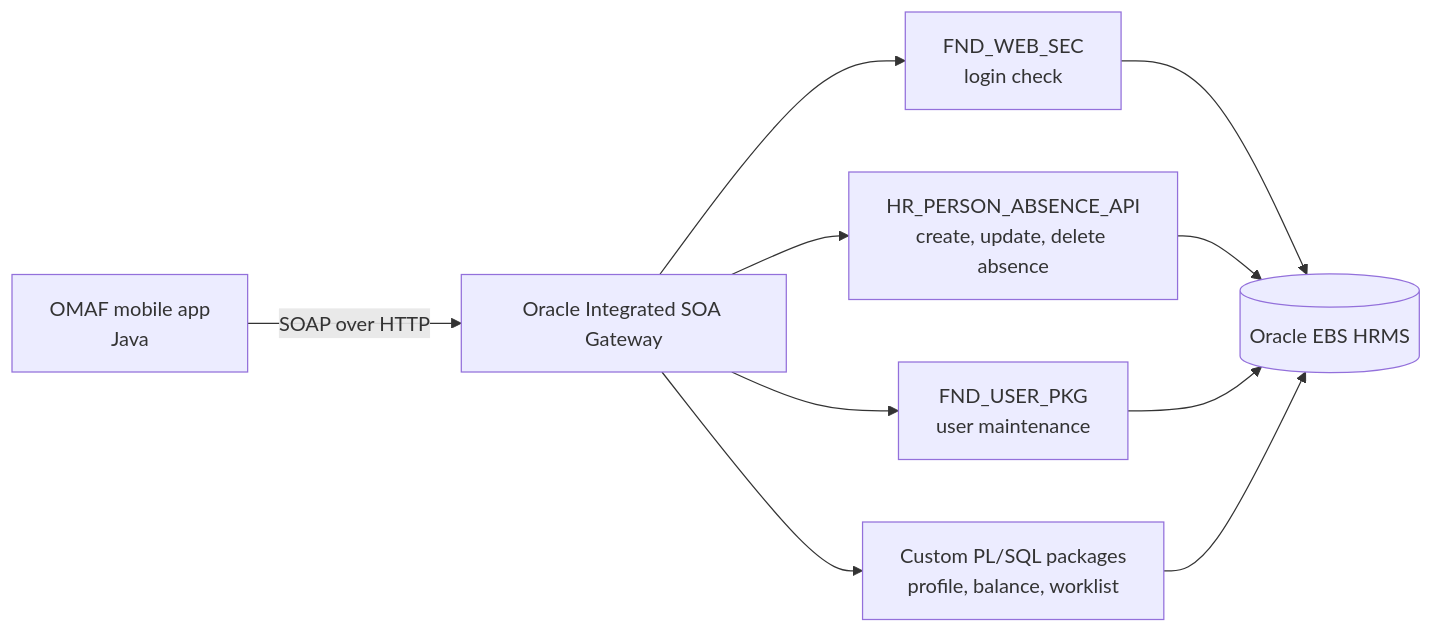
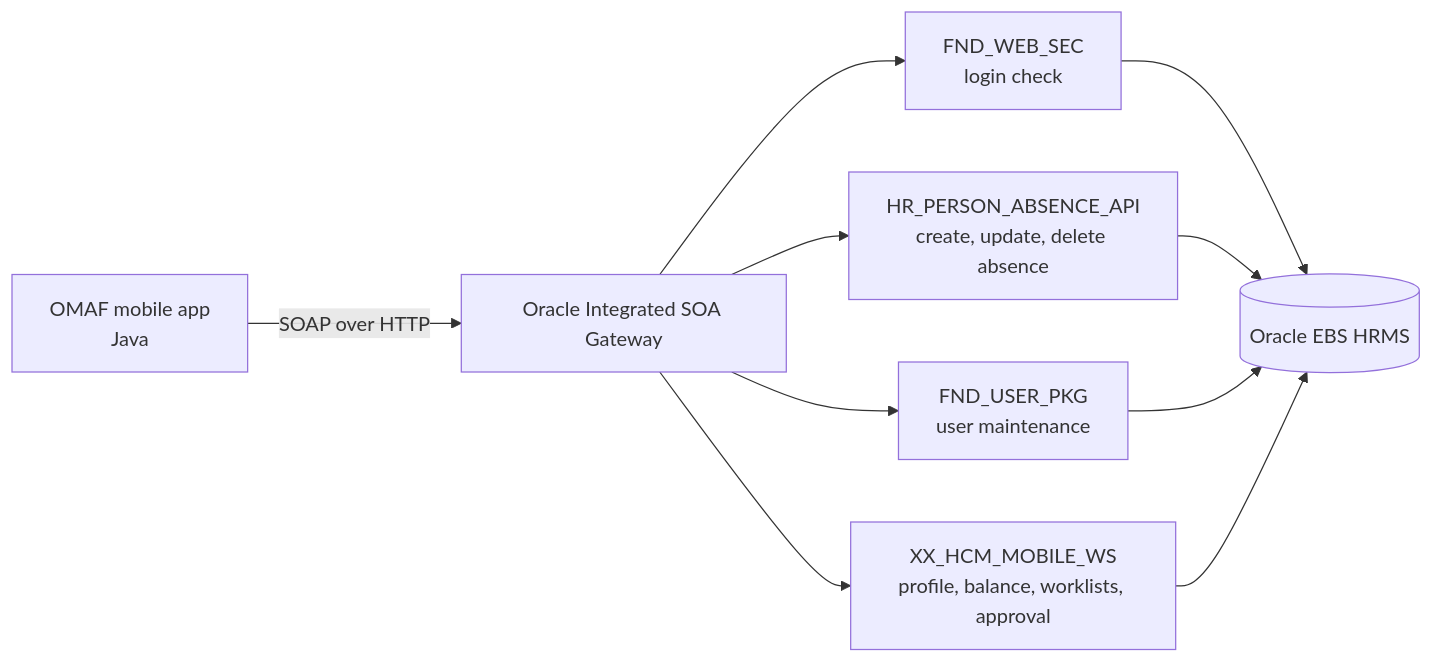
Before and after one commit to Mo7a82/Human-Capital-Mobile-App: the diagram in README.md, drawn with Mermaid. The commit also changed other lines of this file and 19 other files, not shown here.

````diff
--- a/README.md
+++ b/README.md
@@ -28,9 +35,9 @@
 ```mermaid
 flowchart LR
     A[OMAF mobile app<br/>Java] -->|SOAP over HTTP| B[Oracle Integrated SOA Gateway]
     B --> C[FND_WEB_SEC<br/>login check]
     B --> D[HR_PERSON_ABSENCE_API<br/>create, update, delete absence]
     B --> E[FND_USER_PKG<br/>user maintenance]
-    B --> F[Custom PL/SQL packages<br/>profile, balance, worklist]
+    B --> F[XX_HCM_MOBILE_WS<br/>profile, balance, worklists, approval]
     C & D & E & F --> G[(Oracle EBS HRMS)]
 ```
````
